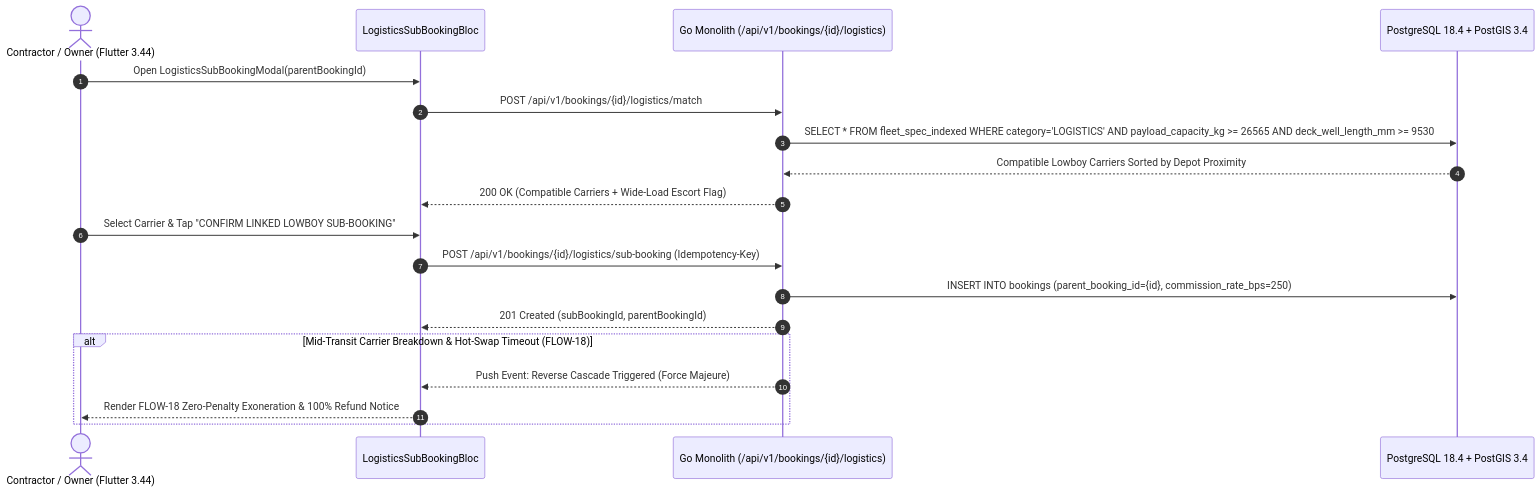
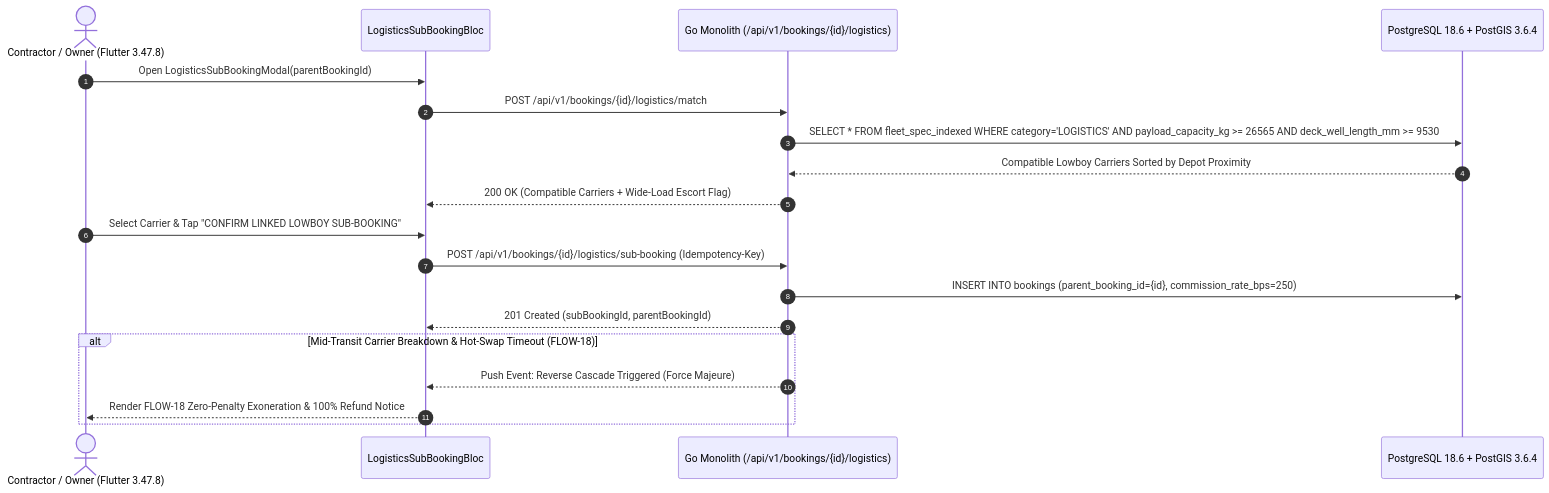
One commit to YDink/Heavy-Machinery-Logistics-Rental changed the second of 2 diagrams in docs/mobile/renter-experience/10-logistics-sub-booking-modal.md. Above: the diagram before and after it, drawn with Mermaid. The commit also changed other lines of this file and 212 other files, not shown here.

````diff
--- a/docs/mobile/renter-experience/10-logistics-sub-booking-modal.md
+++ b/docs/mobile/renter-experience/10-logistics-sub-booking-modal.md
@@ -109,22 +109,22 @@
 ```mermaid
 sequenceDiagram
     autonumber
-    actor Renter as Contractor / Owner (Flutter 3.44)
+    actor Renter as Contractor / Owner (Flutter 3.47.8)
     participant LogBloc as LogisticsSubBookingBloc
     participant API as Go Monolith (/api/v1/bookings/{id}/logistics)
-    participant PG as PostgreSQL 18.4 + PostGIS 3.4
+    participant PG as PostgreSQL 18.6 + PostGIS 3.6.4
 
     Renter->>LogBloc: Open LogisticsSubBookingModal(parentBookingId)
     LogBloc->>API: POST /api/v1/bookings/{id}/logistics/match
     API->>PG: SELECT * FROM fleet_spec_indexed WHERE category='LOGISTICS' AND payload_capacity_kg >= 26565 AND deck_well_length_mm >= 9530
     PG-->>API: Compatible Lowboy Carriers Sorted by Depot Proximity
     API-->>LogBloc: 200 OK (Compatible Carriers + Wide-Load Escort Flag)
     Renter->>LogBloc: Select Carrier & Tap "CONFIRM LINKED LOWBOY SUB-BOOKING"
     LogBloc->>API: POST /api/v1/bookings/{id}/logistics/sub-booking (Idempotency-Key)
     API->>PG: INSERT INTO bookings (parent_booking_id={id}, commission_rate_bps=250)
     API-->>LogBloc: 201 Created (subBookingId, parentBookingId)
     alt Mid-Transit Carrier Breakdown & Hot-Swap Timeout (FLOW-18)
         API-->>LogBloc: Push Event: Reverse Cascade Triggered (Force Majeure)
         LogBloc-->>Renter: Render FLOW-18 Zero-Penalty Exoneration & 100% Refund Notice
     end
 ```
````
